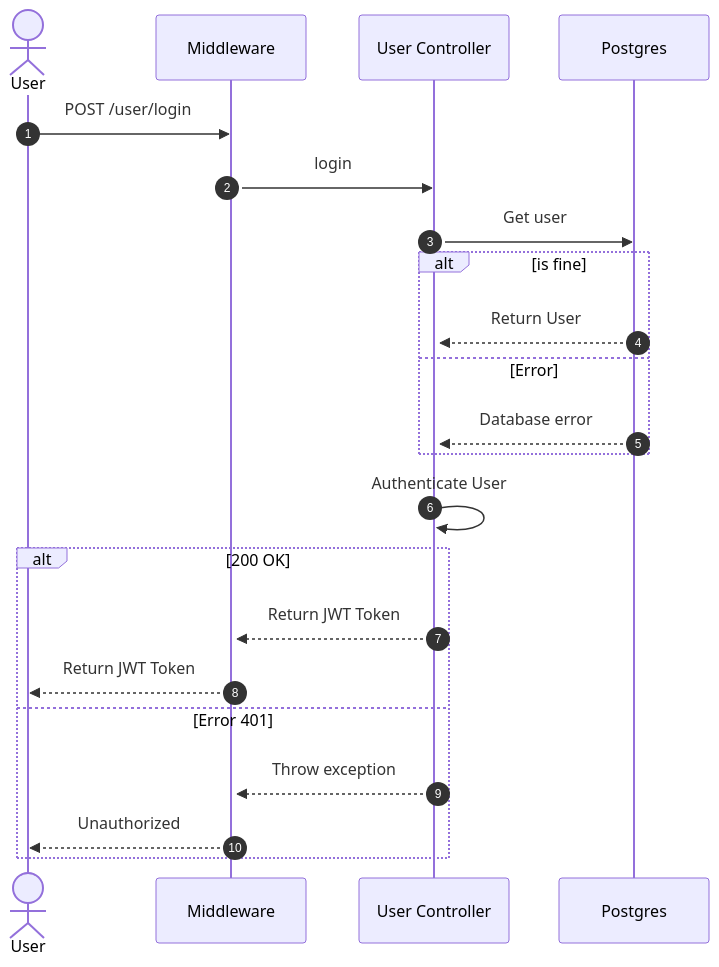
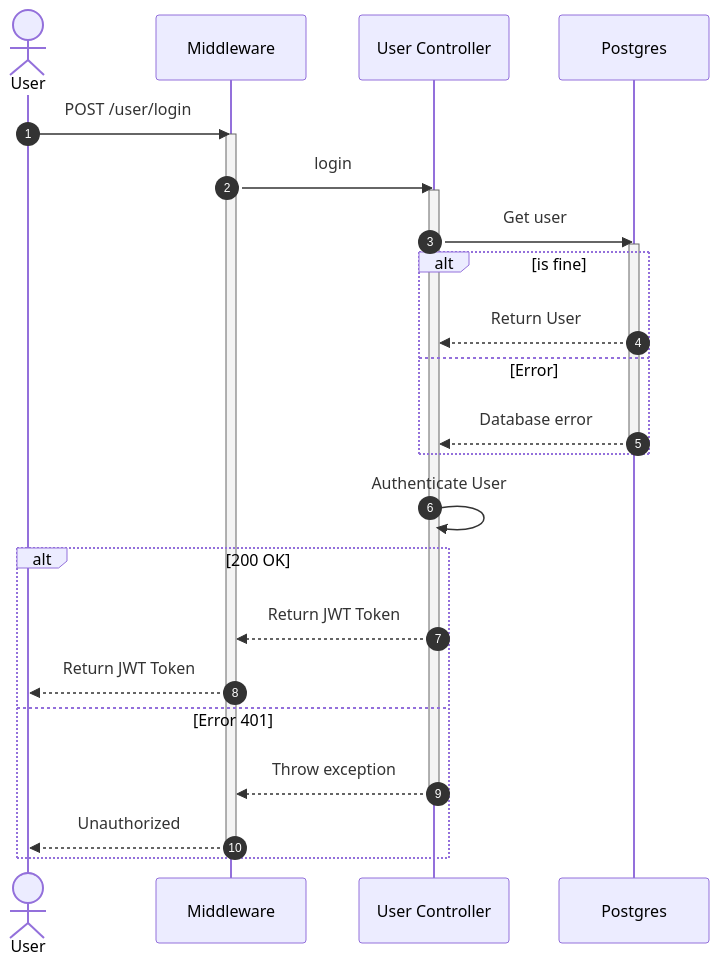
One commit to Vito-Scaraggi/PoseEstimator changed the fourth of 4 diagrams in README.md. Above: the diagram before and after it, drawn with Mermaid. The commit also changed other lines of this file, not shown here.

````diff
--- a/README.md
+++ b/README.md
@@ -125,29 +124,32 @@
 ```mermaid
 
 sequenceDiagram
 autonumber
 actor User
 participant M as Middleware
 participant C as User Controller
 participant P as Postgres
 
 User ->> M: POST /user/login
 activate M
 M ->> C: login
 activate C
 C ->> P: Get user
 activate P
 alt is fine
 P -->> C: Return User
 else Error
 P -->> C: Database error
+deactivate P
 end
 C ->> C: Authenticate User
 alt 200 OK
 C -->> M: Return JWT Token
 M -->> User: Return JWT Token
 else Error 401
 C -->> M: Throw exception
+deactivate C
 M -->> User: Unauthorized
+deactivate M
 end
 ```
````
